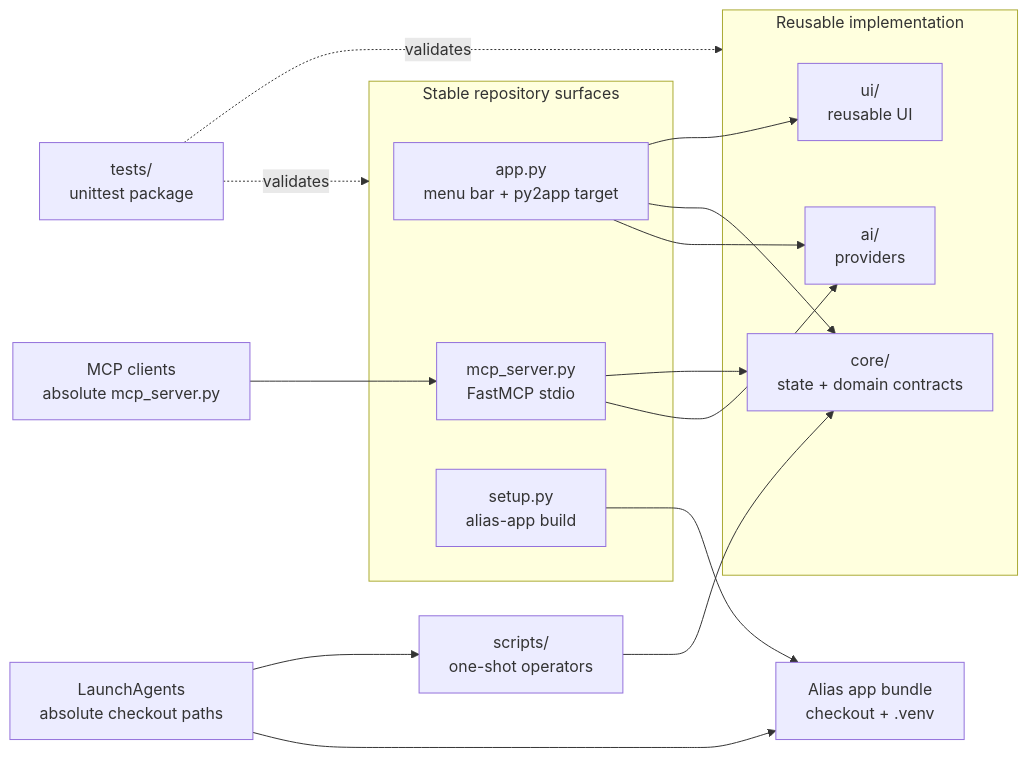
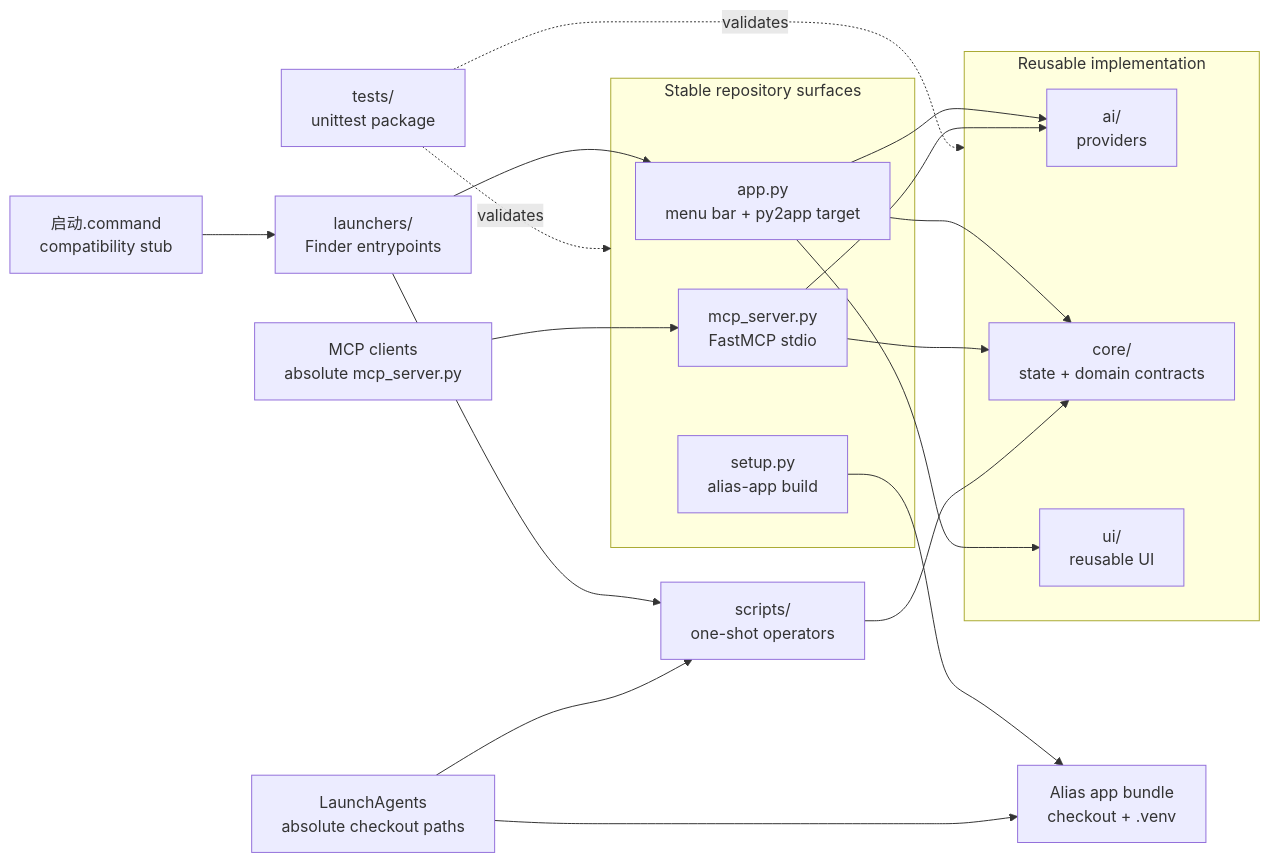
The diagram in README.md (axinjjj/we-groupchat-obsidian), drawn with Mermaid before and after one commit. The commit also changed other lines of this file and 23 other files, not shown here.

Commit message:
organize Finder launchers and resource indexes

````diff
--- a/README.md
+++ b/README.md
@@ -573,31 +584,36 @@
 ```mermaid
 flowchart LR
   subgraph Root["Stable repository surfaces"]
     APP["app.py<br/>menu bar + py2app target"]
     MCP["mcp_server.py<br/>FastMCP stdio"]
     SETUP["setup.py<br/>alias-app build"]
   end
   subgraph Packages["Reusable implementation"]
     AI["ai/<br/>providers"]
     CORE["core/<br/>state + domain contracts"]
     UI["ui/<br/>reusable UI"]
   end
   SCRIPTS["scripts/<br/>one-shot operators"]
+  LAUNCHERS["launchers/<br/>Finder entrypoints"]
+  ROOTSTART["启动.command<br/>compatibility stub"]
   TESTS["tests/<br/>unittest package"]
   AGENTS["LaunchAgents<br/>absolute checkout paths"]
   BUNDLE["Alias app bundle<br/>checkout + .venv"]
   CLIENTS["MCP clients<br/>absolute mcp_server.py"]
 
   APP --> AI
   APP --> CORE
   APP --> UI
   MCP --> AI
   MCP --> CORE
   SCRIPTS --> CORE
+  ROOTSTART --> LAUNCHERS
+  LAUNCHERS --> APP
+  LAUNCHERS --> SCRIPTS
   SETUP --> BUNDLE
   AGENTS --> BUNDLE
   AGENTS --> SCRIPTS
   CLIENTS --> MCP
   TESTS -. "validates" .-> Root
   TESTS -. "validates" .-> Packages
 ```
````
